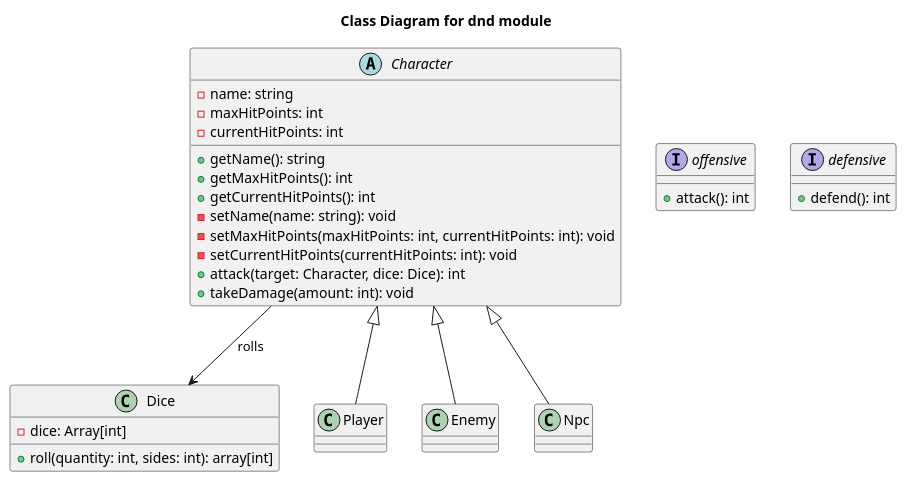
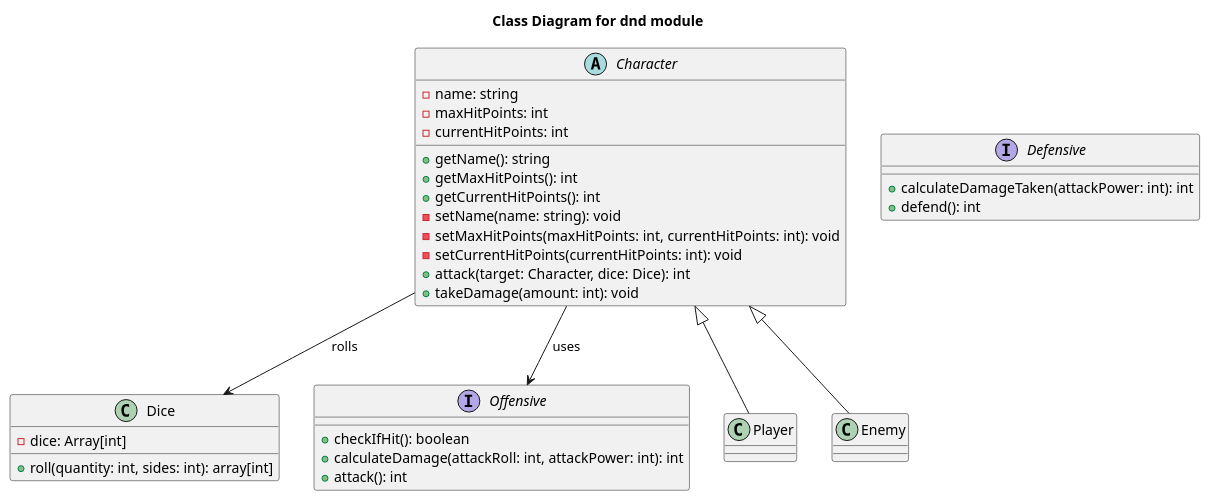
Before and after one commit to MrNegnar/DnDModule: the diagram in diagrams/classDiagram.puml, drawn with PlantUML. The commit also changed 5 other files, not shown here.

```diff
--- a/diagrams/classDiagram.puml
+++ b/diagrams/classDiagram.puml
@@ -1,47 +1,45 @@
 @startuml classDiagram
 Title Class Diagram for dnd module
 
 class Dice {
   -dice: Array[int]
   +roll(quantity: int, sides: int): array[int]
 }
 
-Interface offensive {
+Interface Offensive {
+  +checkIfHit(): boolean
+  +calculateDamage(attackRoll: int, attackPower: int): int
   +attack(): int
 }
 
-Interface defensive {
+Interface Defensive {
+  +calculateDamageTaken(attackPower: int): int
   +defend(): int
 }
 
 abstract class Character {
   -name: string
   -maxHitPoints: int
   -currentHitPoints: int
   +getName(): string
   +getMaxHitPoints(): int
   +getCurrentHitPoints(): int
   -setName(name: string): void
   -setMaxHitPoints(maxHitPoints: int, currentHitPoints: int): void
   -setCurrentHitPoints(currentHitPoints: int): void
   +attack(target: Character, dice: Dice): int
   +takeDamage(amount: int): void
 }
 
 class Player extends Character {
 
 }
 
 class Enemy extends Character {
 
 }
 
-class Npc extends Character {
-
-}
-
-
 Character --> Dice : rolls
-
+Character --> Offensive : uses
 
 @enduml
```
